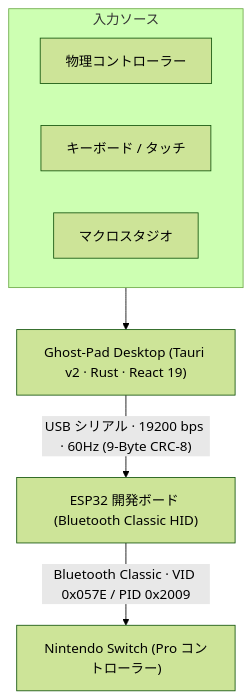
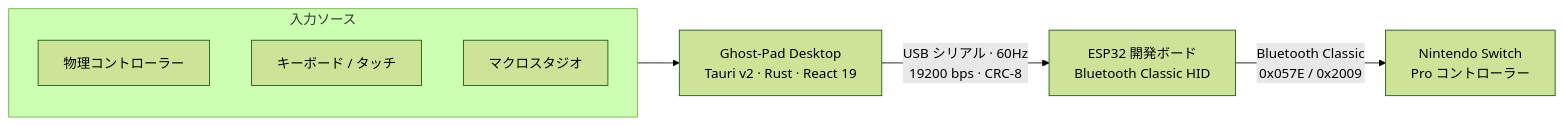
Before and after one commit to HuskyHsu/ghost-pad: the diagram in README.ja.md, drawn with Mermaid (forest theme). The commit also changed other lines of this file and 2 other files, not shown here.

Commit message:
docs: streamline README documentation and simplify architecture diagram

````diff
--- a/README.ja.md
+++ b/README.ja.md
@@ -27,17 +27,16 @@
 ```mermaid
-flowchart TD
+flowchart LR
     subgraph Inputs["入力ソース"]
-        direction LR
         G["物理コントローラー"]
         K["キーボード / タッチ"]
         M["マクロスタジオ"]
     end
 
-    PC["Ghost-Pad Desktop (Tauri v2 · Rust · React 19)"]
-    ESP["ESP32 開発ボード (Bluetooth Classic HID)"]
-    SW["Nintendo Switch (Pro コントローラー)"]
+    PC["Ghost-Pad Desktop<br/>Tauri v2 · Rust · React 19"]
+    ESP["ESP32 開発ボード<br/>Bluetooth Classic HID"]
+    SW["Nintendo Switch<br/>Pro コントローラー"]
 
     Inputs --> PC
-    PC -->|"USB シリアル · 19200 bps · 60Hz (9-Byte CRC-8)"| ESP
-    ESP -->|"Bluetooth Classic · VID 0x057E / PID 0x2009"| SW
+    PC -->|"USB シリアル · 60Hz<br/>19200 bps · CRC-8"| ESP
+    ESP -->|"Bluetooth Classic<br/>0x057E / 0x2009"| SW
 ```
````
